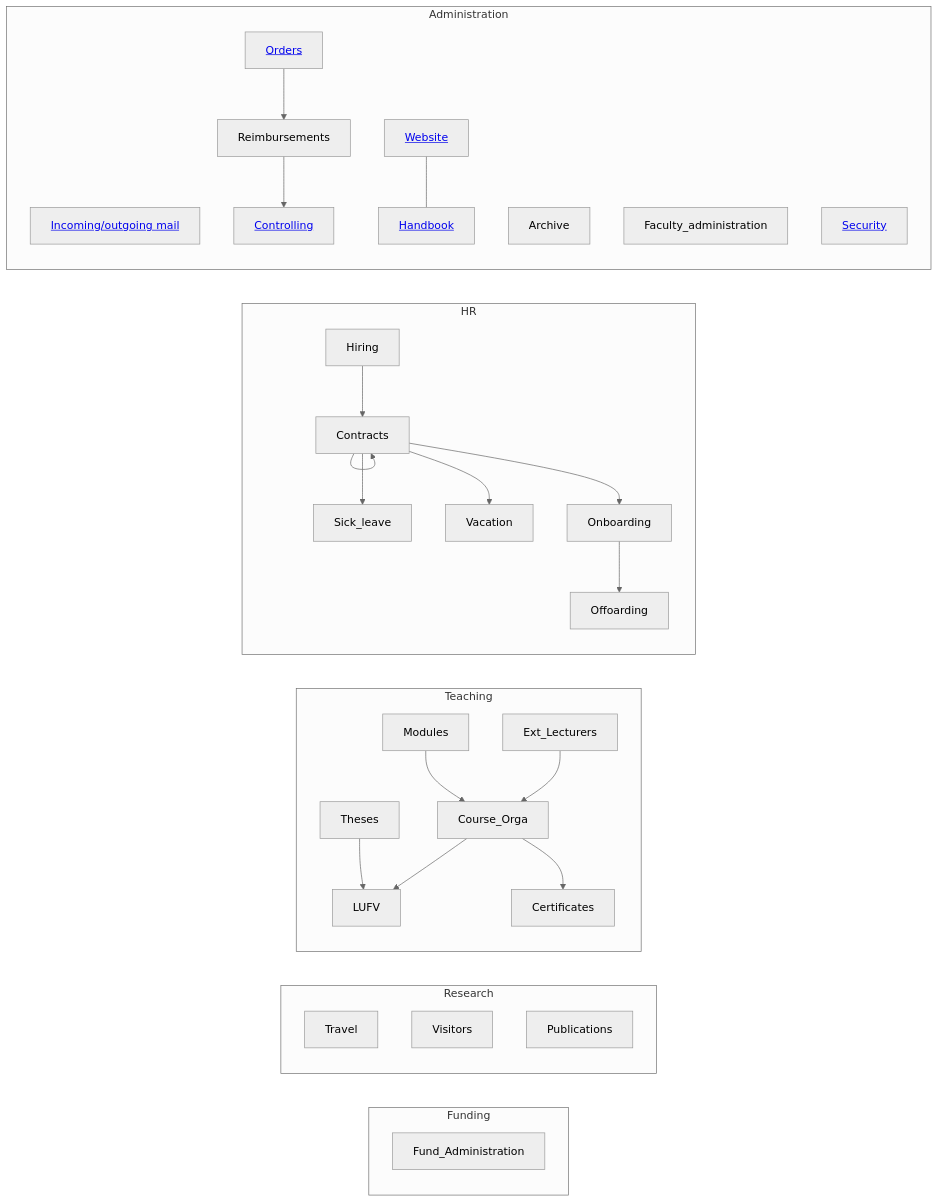
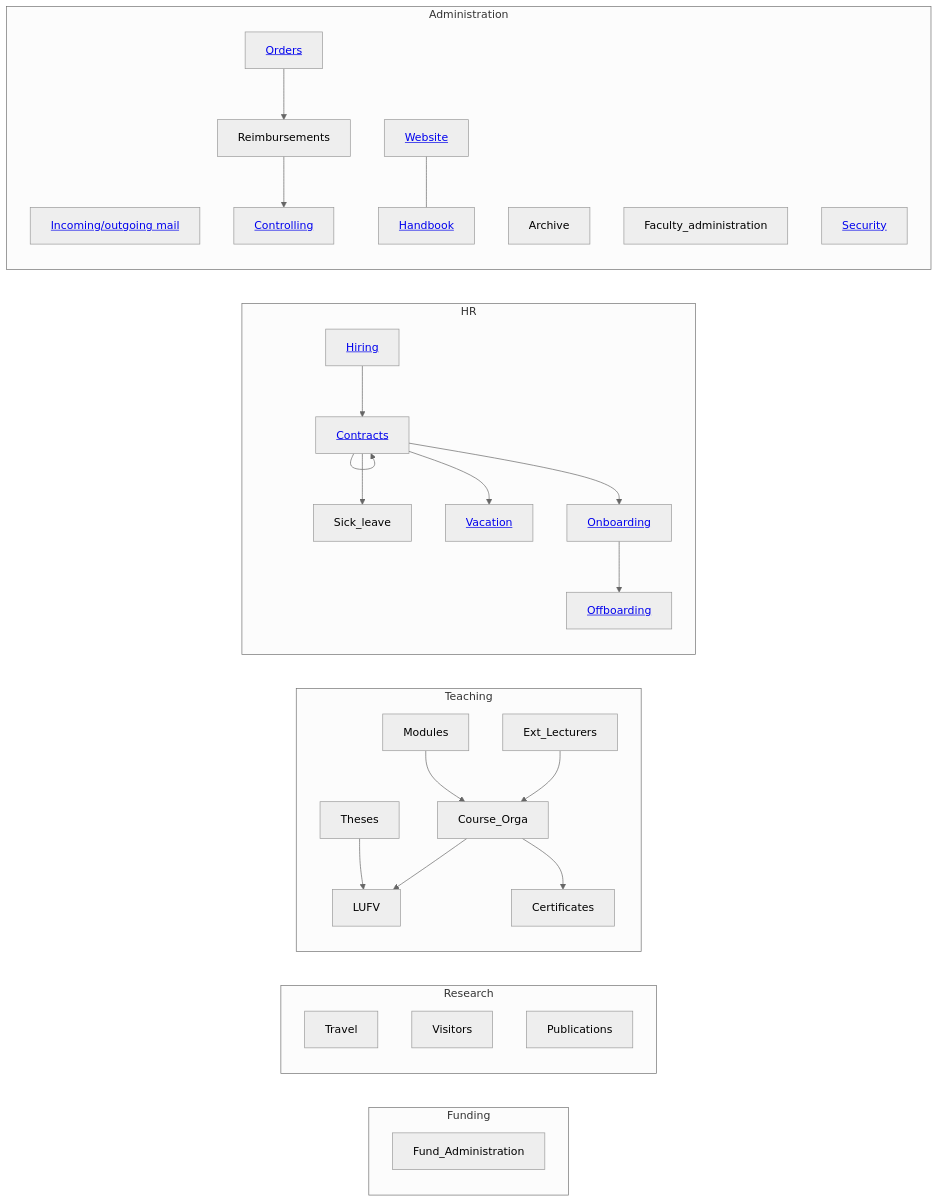
The diagram in docs/10-lab/10_processes/10.09.team_assistance.md (digital-work-lab/handbook), drawn with Mermaid (neutral theme) before and after one commit.

````diff
--- a/docs/10-lab/10_processes/10.09.team_assistance.md
+++ b/docs/10-lab/10_processes/10.09.team_assistance.md
@@ -13,39 +13,39 @@
 ```mermaid
 flowchart LR
     subgraph Funding
         Fund_Administration
     end
     subgraph Research
         Travel
         Visitors
         Publications
     end
     subgraph Teaching
         Ext_Lecturers --> Course_Orga
         Modules --> Course_Orga
         Course_Orga --> LUFV
         Theses --> LUFV
         LUFV
         Course_Orga --> Certificates
     end
     subgraph HR
-        Hiring --> Contracts
+        Hiring["<a href='10.30.hiring.html'>Hiring</a>"] --> Contracts["<a href='10.31.contracts.html'>Contracts</a>"]
         Contracts --> Contracts
-        Contracts --> Onboarding
+        Contracts --> Onboarding["<a href='10.32.onboarding.html'>Onboarding</a>"]
         Contracts --> Sick_leave
-        Contracts --> Vacation
-        Onboarding --> Offoarding
+        Contracts --> Vacation["<a href='10.33.vacation.html'>Vacation</a>"]
+        Onboarding --> Offoarding["<a href='10.39.offboarding.html'>Offboarding</a>"]
     end
     subgraph Administration
         Mail["<a href='10.51.mail.html'>Incoming/outgoing mail</a>"]
         Archive
         Faculty_administration
         Orders["<a href='10.52.orders.html'>Orders</a>"] --> Reimbursements
         Reimbursements --> Controlling["<a href='10.70.controlling.html'>Controlling</a>"]
         Controlling
         Website["<a href='10.11.website.html'>Website</a>"] --- Handbook["<a href='10.10.handbook.html'>Handbook</a>"]
         Handbook
         Security["<a href='10.72.security.html'>Security</a>"]
     end
 
 ```
````
